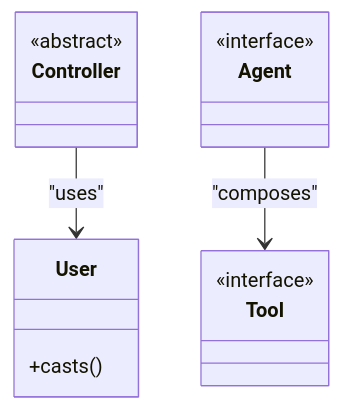
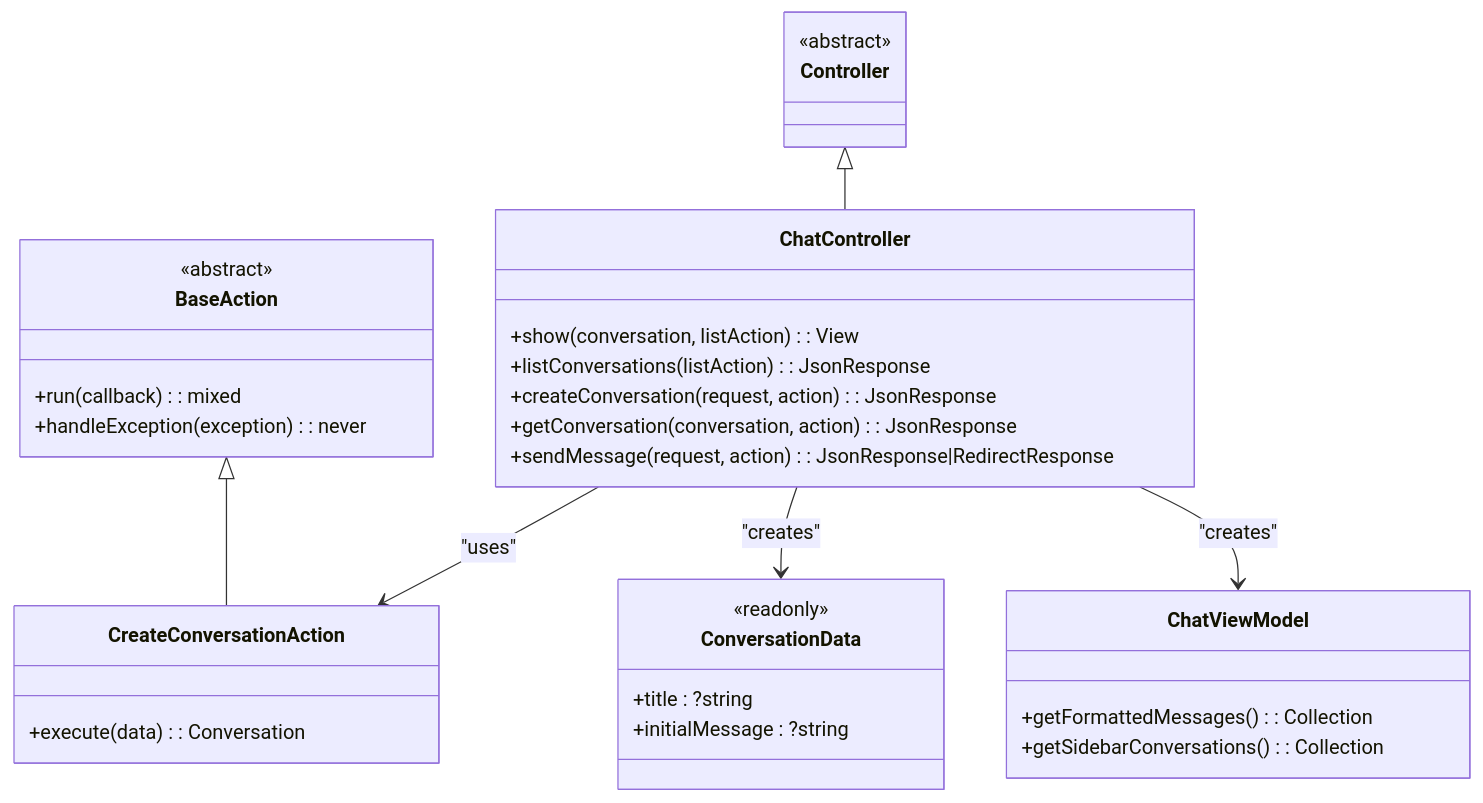
Before and after one commit to siimliimand/laravel-assistant: the eighth of 12 diagrams in .qoder/repowiki/en/content/Architecture Overview/Architecture Overview.md, drawn with Mermaid. The commit also changed other lines of this file and 12 other files, not shown here.

First line of the commit message:
docs(ai): add architectural and actions layer specifications

````diff
--- a/.qoder/repowiki/en/content/Architecture Overview/Architecture Overview.md
+++ b/.qoder/repowiki/en/content/Architecture Overview/Architecture Overview.md
@@ -168,17 +485,35 @@
 ```mermaid
 classDiagram
 class Controller {
 <<abstract>>
 }
-class User {
-+casts()
+class ChatController {
++show(conversation, listAction) : View
++listConversations(listAction) : JsonResponse
++createConversation(request, action) : JsonResponse
++getConversation(conversation, action) : JsonResponse
++sendMessage(request, action) : JsonResponse|RedirectResponse
 }
-class Agent {
-<<interface>>
+class BaseAction {
+<<abstract>>
++run(callback) : mixed
++handleException(exception) : never
 }
-class Tool {
-<<interface>>
+class CreateConversationAction {
++execute(data) : Conversation
 }
-Controller --> User : "uses"
-Agent --> Tool : "composes"
+class ConversationData {
+<<readonly>>
++title : ?string
++initialMessage : ?string
+}
+class ChatViewModel {
++getFormattedMessages() : Collection
++getSidebarConversations() : Collection
+}
+Controller <|-- ChatController
+BaseAction <|-- CreateConversationAction
+ChatController --> CreateConversationAction : "uses"
+ChatController --> ConversationData : "creates"
+ChatController --> ChatViewModel : "creates"
 ```
````
